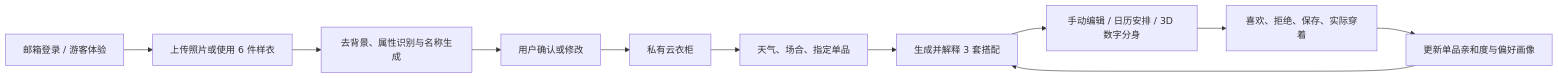
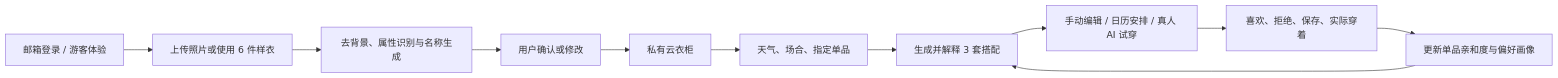
The first of 2 diagrams in README.md (XinyuGao888/muse-closet-ai), drawn with Mermaid before and after one commit. The commit also changed other lines of this file and 16 other files, not shown here.

````diff
--- a/README.md
+++ b/README.md
@@ -37,13 +37,13 @@
 ```mermaid
 flowchart LR
   A["邮箱登录 / 游客体验"] --> B["上传照片或使用 6 件样衣"]
   B --> C["去背景、属性识别与名称生成"]
   C --> D["用户确认或修改"]
   D --> E["私有云衣柜"]
   E --> F["天气、场合、指定单品"]
   F --> G["生成并解释 3 套搭配"]
-  G --> H["手动编辑 / 日历安排 / 3D 数字分身"]
+  G --> H["手动编辑 / 日历安排 / 真人 AI 试穿"]
   H --> I["喜欢、拒绝、保存、实际穿着"]
   I --> J["更新单品亲和度与偏好画像"]
   J --> G
 ```
````
